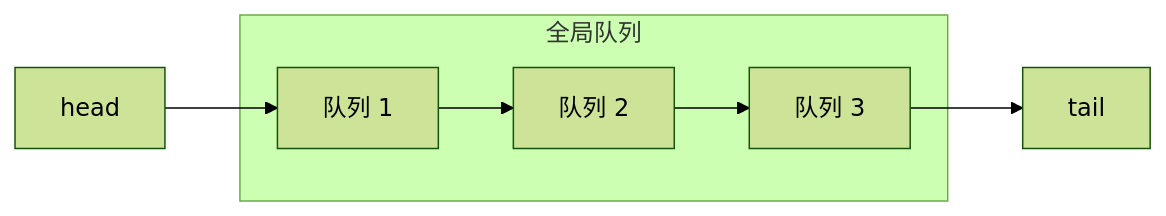
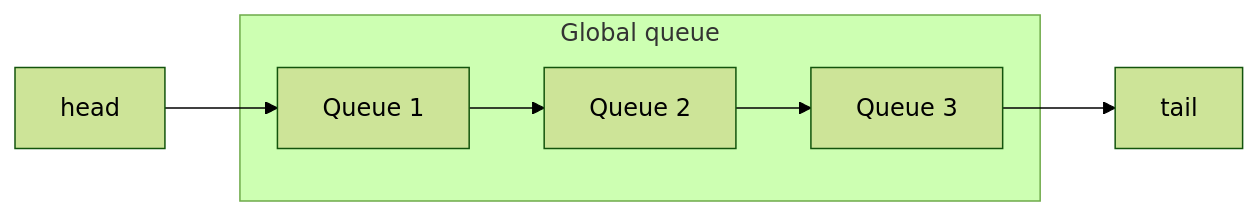
Before and after one commit to cuihairu/skynet: the fifth of 7 diagrams in docs/analysis/skynet-mq.md, drawn with Mermaid (forest theme). The commit also changed other lines of this file and 86 other files, not shown here.

````diff
--- a/docs/analysis/skynet-mq.md
+++ b/docs/analysis/skynet-mq.md
@@ -387,10 +387,10 @@
 ```mermaid
 graph LR
-    subgraph 全局队列
-        Q1[队列 1] --> Q2[队列 2]
-        Q2 --> Q3[队列 3]
+    subgraph Global queue
+        Q1[Queue 1] --> Q2[Queue 2]
+        Q2 --> Q3[Queue 3]
     end
 
     Head[head] --> Q1
     Q3 --> Tail[tail]
 ```
````
